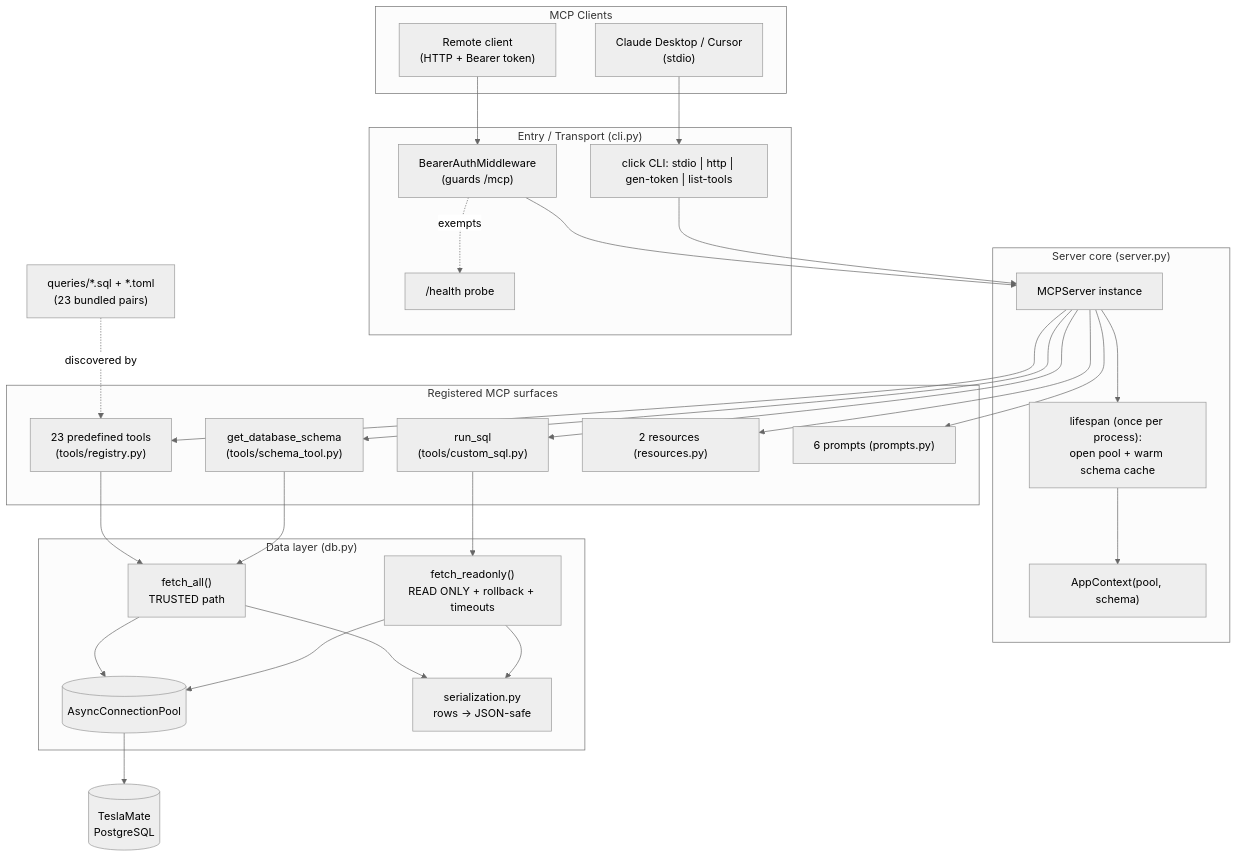
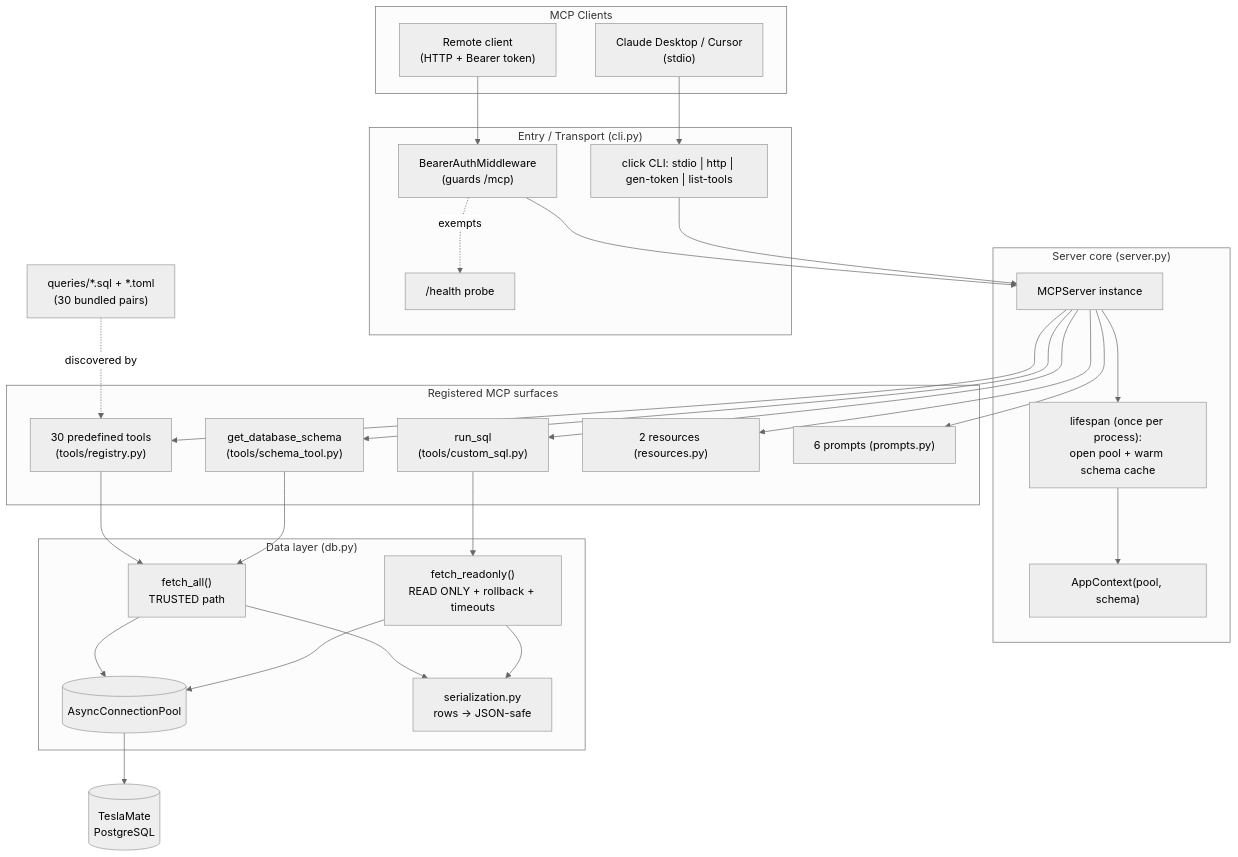
One commit to cobanov/teslamate-mcp changed the first of 2 diagrams in docs/CODEBASE_MAP.md. Above: the diagram before and after it, drawn with Mermaid (neutral theme). The commit also changed other lines of this file and 6 other files, not shown here.

````diff
--- a/docs/CODEBASE_MAP.md
+++ b/docs/CODEBASE_MAP.md
@@ -23,53 +24,53 @@
 ```mermaid
 graph TB
     subgraph Clients["MCP Clients"]
         IDE["Claude Desktop / Cursor<br/>(stdio)"]
         Remote["Remote client<br/>(HTTP + Bearer token)"]
     end
 
     subgraph Entry["Entry / Transport (cli.py)"]
         CLI["click CLI: stdio | http | gen-token | list-tools"]
         Auth["BearerAuthMiddleware<br/>(guards /mcp)"]
         Health["/health probe"]
     end
 
     subgraph Core["Server core (server.py)"]
         MCPServer["MCPServer instance"]
         Lifespan["lifespan (once per process):<br/>open pool + warm schema cache"]
         AppCtx["AppContext(pool, schema)"]
     end
 
     subgraph Surfaces["Registered MCP surfaces"]
-        Pre["23 predefined tools<br/>(tools/registry.py)"]
+        Pre["30 predefined tools<br/>(tools/registry.py)"]
         RunSQL["run_sql<br/>(tools/custom_sql.py)"]
         SchemaTool["get_database_schema<br/>(tools/schema_tool.py)"]
         Res["2 resources (resources.py)"]
         Prompts["6 prompts (prompts.py)"]
     end
 
     subgraph Data["Data layer (db.py)"]
         Pool[("AsyncConnectionPool")]
         FetchAll["fetch_all()<br/>TRUSTED path"]
         FetchRO["fetch_readonly()<br/>READ ONLY + rollback + timeouts"]
         Ser["serialization.py<br/>rows -> JSON-safe"]
     end
 
     DB[("TeslaMate<br/>PostgreSQL")]
-    Queries["queries/*.sql + *.toml<br/>(23 bundled pairs)"]
+    Queries["queries/*.sql + *.toml<br/>(30 bundled pairs)"]
 
     IDE --> CLI
     Remote --> Auth --> MCPServer
     CLI --> MCPServer
     Auth -.exempts.-> Health
     MCPServer --> Lifespan --> AppCtx
     MCPServer --> Pre & RunSQL & SchemaTool & Res & Prompts
     Queries -.discovered by.-> Pre
     Pre --> FetchAll
     SchemaTool --> FetchAll
     RunSQL --> FetchRO
     FetchAll --> Pool
     FetchRO --> Pool
     FetchAll --> Ser
     FetchRO --> Ser
     Pool --> DB
 ```
````
